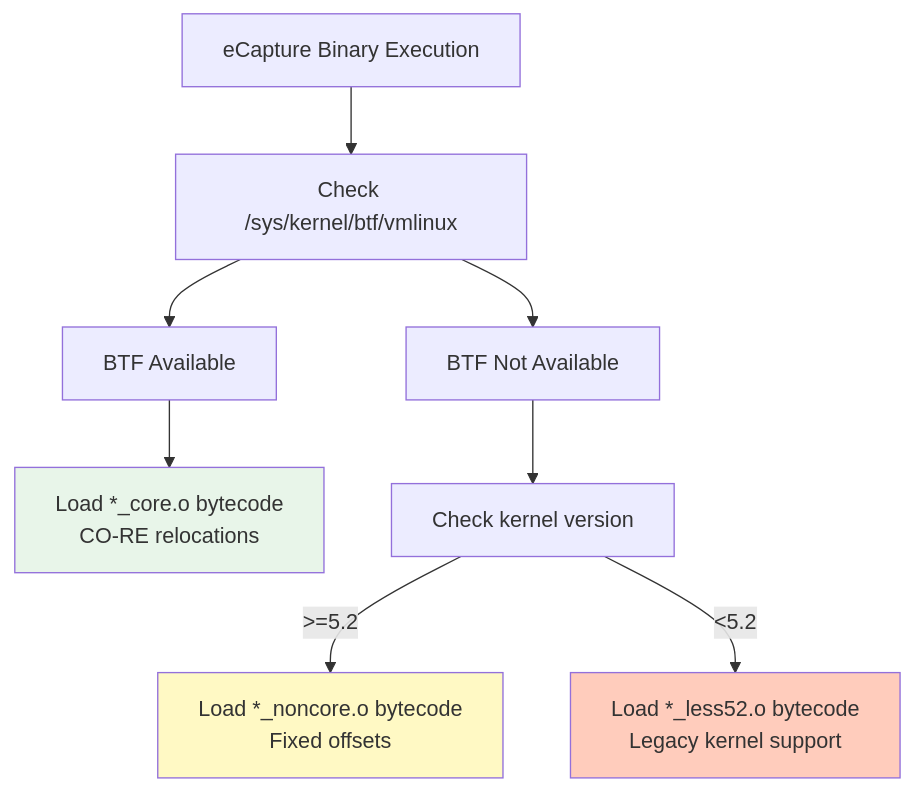
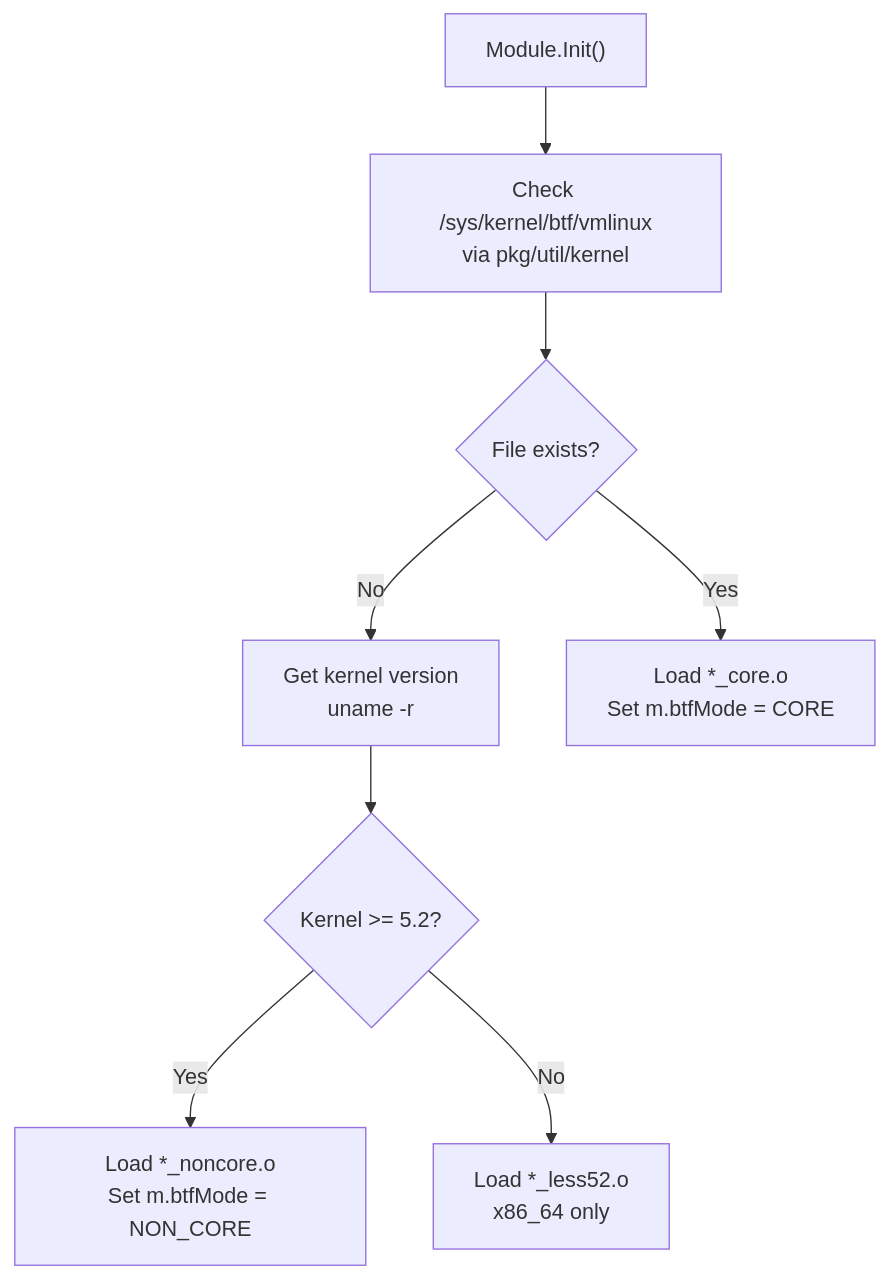
The first of 9 diagrams in src/en/1-overview/1.3-dependencies-and-system-requirements.md (gojue/ecapture.cc), drawn with Mermaid before and after one commit. The commit also changed other lines of this file and 70 other files, not shown here.

Commit message:
feat: update sidebar and navigation links for architecture and shell command auditing sections

````diff
--- a/src/en/1-overview/1.3-dependencies-and-system-requirements.md
+++ b/src/en/1-overview/1.3-dependencies-and-system-requirements.md
@@ -54,23 +75,19 @@
 ```mermaid
 graph TB
-    START["eCapture Binary Execution"]
-    CHECK_BTF["Check /sys/kernel/btf/vmlinux"]
-    BTF_YES["BTF Available"]
-    BTF_NO["BTF Not Available"]
-    LOAD_CORE["Load *_core.o bytecode<br/>CO-RE relocations"]
-    LOAD_NONCORE["Load *_noncore.o bytecode<br/>Fixed offsets"]
-    LOAD_LESS52["Load *_less52.o bytecode<br/>Legacy kernel support"]
-    CHECK_KERNEL["Check kernel version"]
+    START["Module.Init()"]
+    CHECK_BTF["Check /sys/kernel/btf/vmlinux<br/>via pkg/util/kernel"]
+    BTF_EXISTS{"File exists?"}
+    GET_KERNEL["Get kernel version<br/>uname -r"]
+    KERNEL_CHECK{"Kernel >= 5.2?"}
+    LOAD_CORE["Load *_core.o<br/>Set m.btfMode = CORE"]
+    LOAD_NONCORE["Load *_noncore.o<br/>Set m.btfMode = NON_CORE"]
+    LOAD_LESS52["Load *_less52.o<br/>x86_64 only"]
     
     START --> CHECK_BTF
-    CHECK_BTF --> BTF_YES
-    CHECK_BTF --> BTF_NO
-    BTF_YES --> LOAD_CORE
-    BTF_NO --> CHECK_KERNEL
-    CHECK_KERNEL -->|">=5.2"| LOAD_NONCORE
-    CHECK_KERNEL -->|"<5.2"| LOAD_LESS52
-    
-    style LOAD_CORE fill:#e8f5e9
-    style LOAD_NONCORE fill:#fff9c4
-    style LOAD_LESS52 fill:#ffccbc
+    CHECK_BTF --> BTF_EXISTS
+    BTF_EXISTS -->|"Yes"| LOAD_CORE
+    BTF_EXISTS -->|"No"| GET_KERNEL
+    GET_KERNEL --> KERNEL_CHECK
+    KERNEL_CHECK -->|"Yes"| LOAD_NONCORE
+    KERNEL_CHECK -->|"No"| LOAD_LESS52
 ```
````
